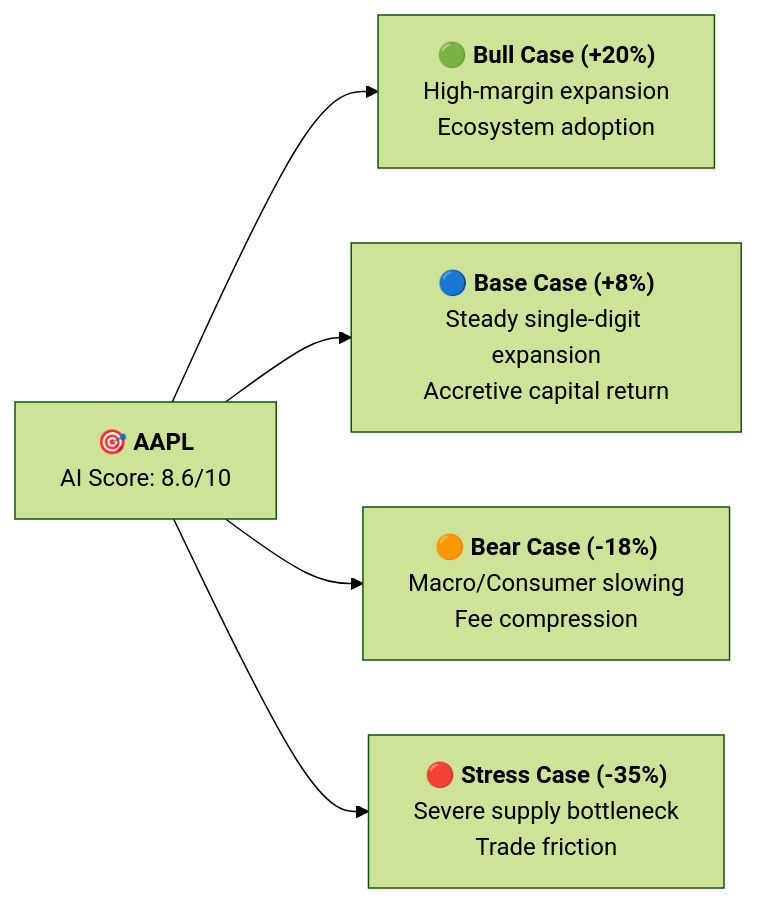
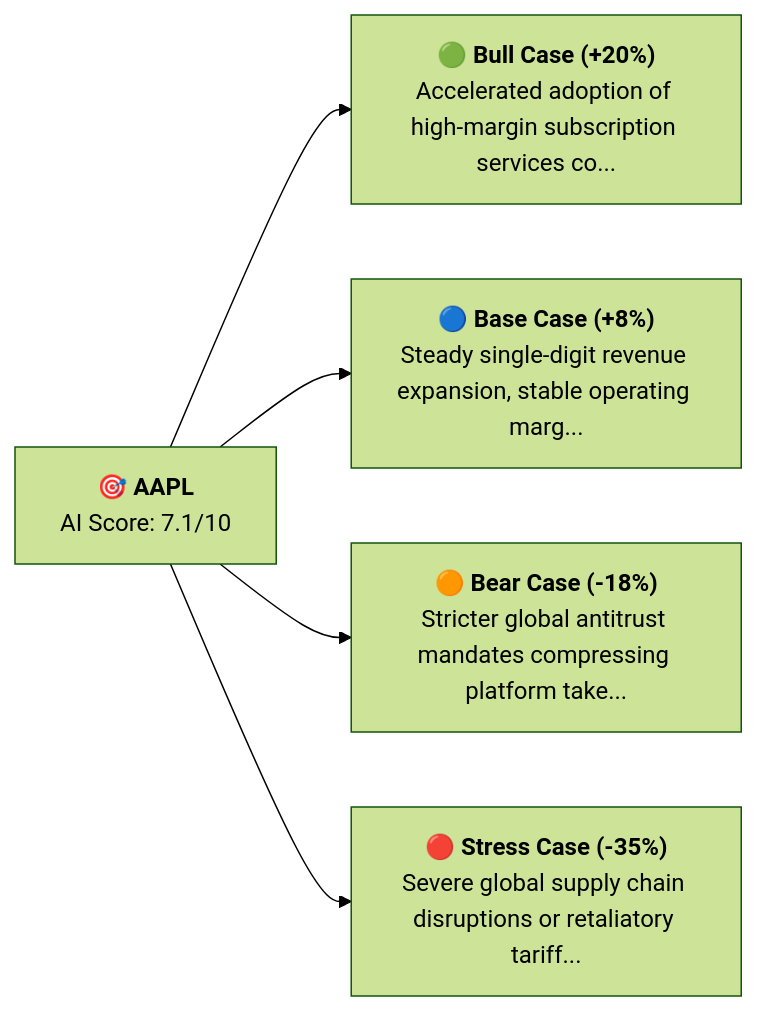
The first of 2 diagrams in research/AAPL/README.md (drmohammadzadeh/StockMarketAnalyzer), drawn with Mermaid (forest theme) before and after one commit. The commit also changed other lines of this file and 29 other files, not shown here.

Commit message:
feat: complete visual chart suite generation for AMZN and AAPL

````diff
--- a/research/AAPL/README.md
+++ b/research/AAPL/README.md
@@ -79,7 +99,7 @@
 ```mermaid
 graph LR
-    A["🎯 <b>AAPL</b><br/>AI Score: 8.6/10"] --> B["🟢 <b>Bull Case (+20%)</b><br/>High-margin expansion<br/>Ecosystem adoption"]
-    A --> C["🔵 <b>Base Case (+8%)</b><br/>Steady single-digit expansion<br/>Accretive capital return"]
-    A --> D["🟠 <b>Bear Case (-18%)</b><br/>Macro/Consumer slowing<br/>Fee compression"]
-    A --> E["🔴 <b>Stress Case (-35%)</b><br/>Severe supply bottleneck<br/>Trade friction"]
+    A["🎯 <b>AAPL</b><br/>AI Score: 7.1/10"] --> B["🟢 <b>Bull Case (+20%)</b><br/>Accelerated adoption of high-margin subscription services co..."]
+    A --> C["🔵 <b>Base Case (+8%)</b><br/>Steady single-digit revenue expansion, stable operating marg..."]
+    A --> D["🟠 <b>Bear Case (-18%)</b><br/>Stricter global antitrust mandates compressing platform take..."]
+    A --> E["🔴 <b>Stress Case (-35%)</b><br/>Severe global supply chain disruptions or retaliatory tariff..."]
 ```
````
